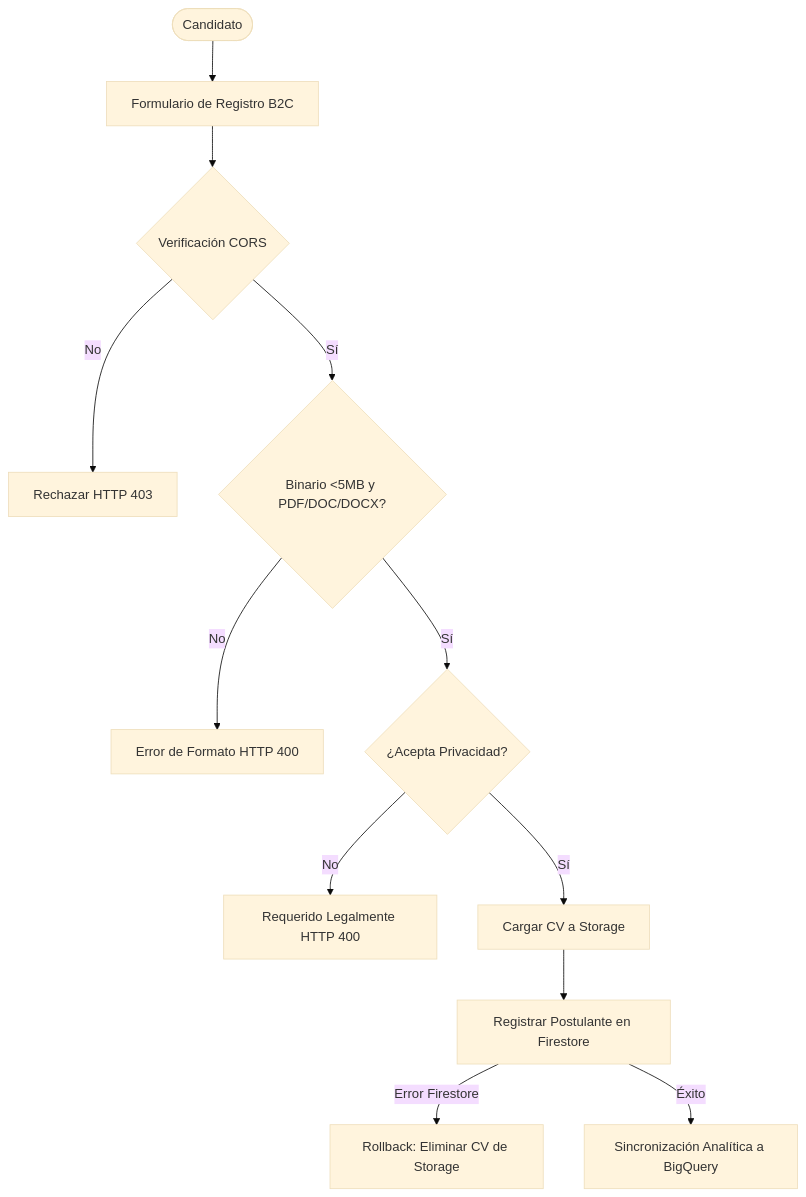
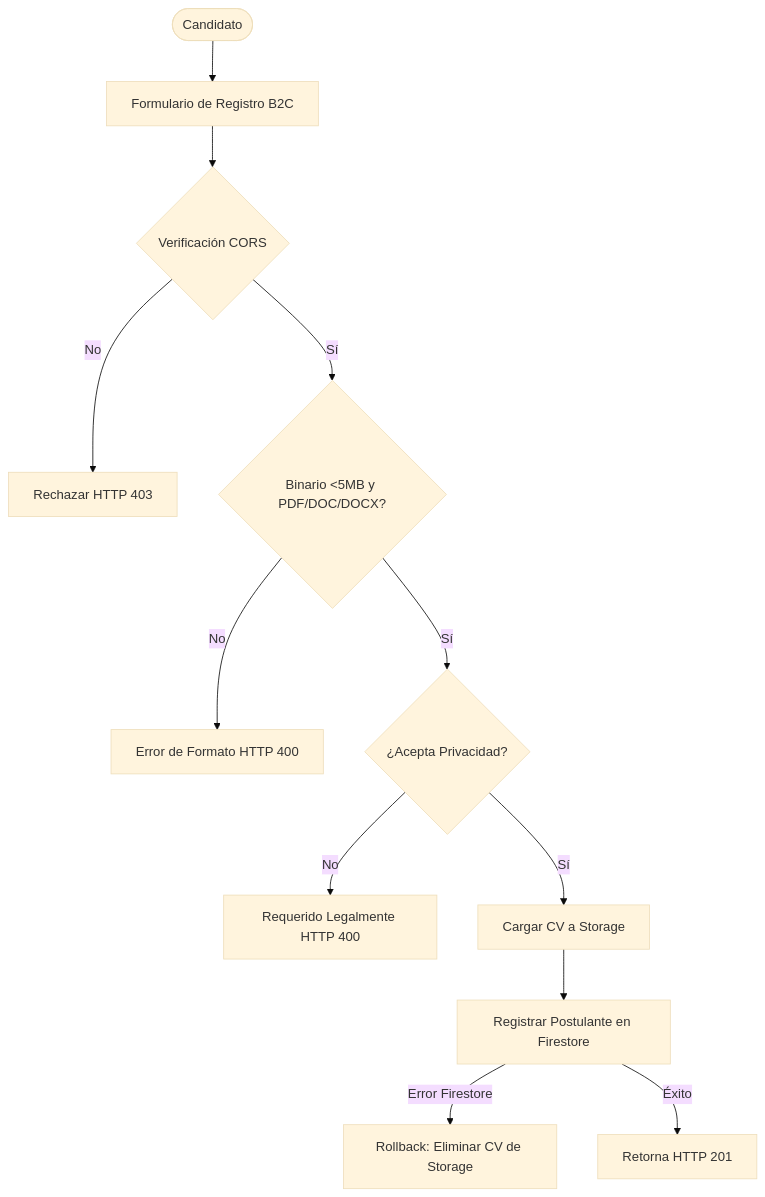
The first of 3 diagrams in docs/explicacion_funcional_servicio backend.md (dcastellano-da/azulats-app1), drawn with Mermaid (base theme) before and after one commit. The commit also changed other lines of this file and 8 other files, not shown here.

````diff
--- a/docs/explicacion_funcional_servicio backend.md
+++ b/docs/explicacion_funcional_servicio backend.md
@@ -18,14 +19,14 @@
 ```mermaid
 graph TD
     User([Candidato]) --> Form[Formulario de Registro B2C]
     Form --> VerifyCORS{Verificación CORS}
     VerifyCORS -- No --> Block[Rechazar HTTP 403]
     VerifyCORS -- Sí --> ValidateSize{Binario <5MB y PDF/DOC/DOCX?}
     ValidateSize -- No --> ErrorVal[Error de Formato HTTP 400]
     ValidateSize -- Sí --> CheckRGPD{¿Acepta Privacidad?}
     CheckRGPD -- No --> ErrorRGPD[Requerido Legalmente HTTP 400]
     CheckRGPD -- Sí --> UploadStorage[Cargar CV a Storage]
     UploadStorage --> WriteFirestore[Registrar Postulante en Firestore]
     WriteFirestore -- Error Firestore --> Rollback[Rollback: Eliminar CV de Storage]
-    WriteFirestore -- Éxito --> BQ[Sincronización Analítica a BigQuery]
+    WriteFirestore -- Éxito --> Success[Retorna HTTP 201]
 ```
````
